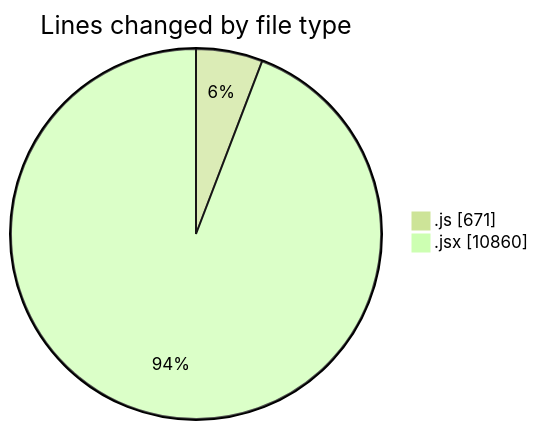
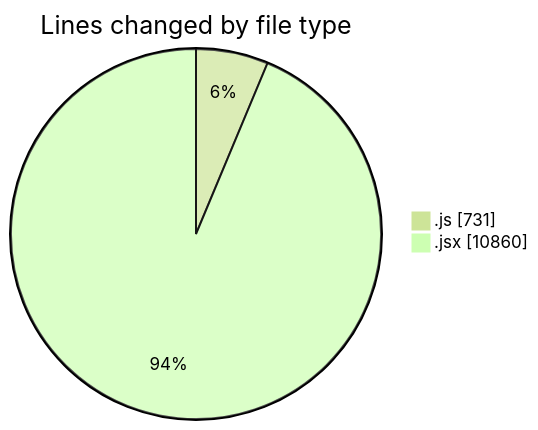
One commit to nxtqubesakshisongat/code-tracking changed the first of 2 diagrams in 2025-07-28/nxtqube_webapp/README.md. Above: the diagram before and after it, drawn with Mermaid (forest theme). The commit also changed other lines of this file and 1 other file, not shown here.

````diff
--- a/2025-07-28/nxtqube_webapp/README.md
+++ b/2025-07-28/nxtqube_webapp/README.md
@@ -46,6 +47,6 @@
 ```mermaid
 pie showData
 title Lines changed by file type
-".js" : 671
+".js" : 731
 ".jsx" : 10860
 ```
````
